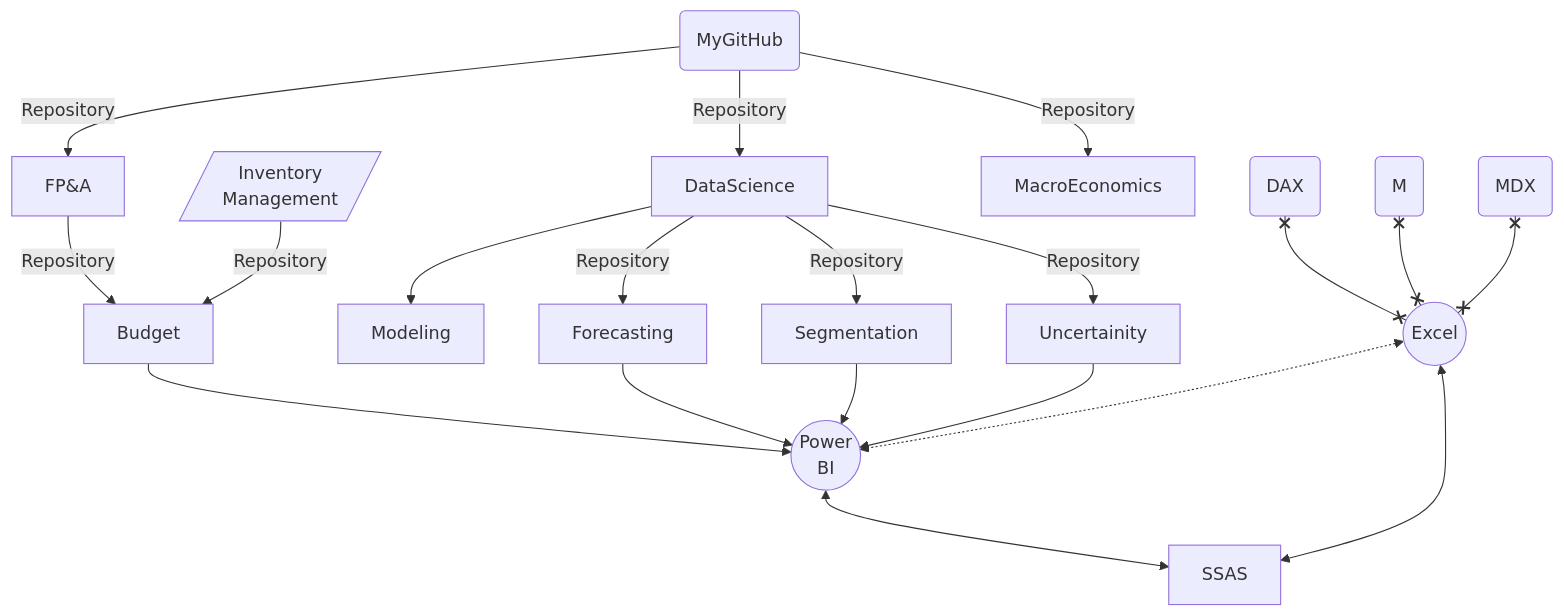
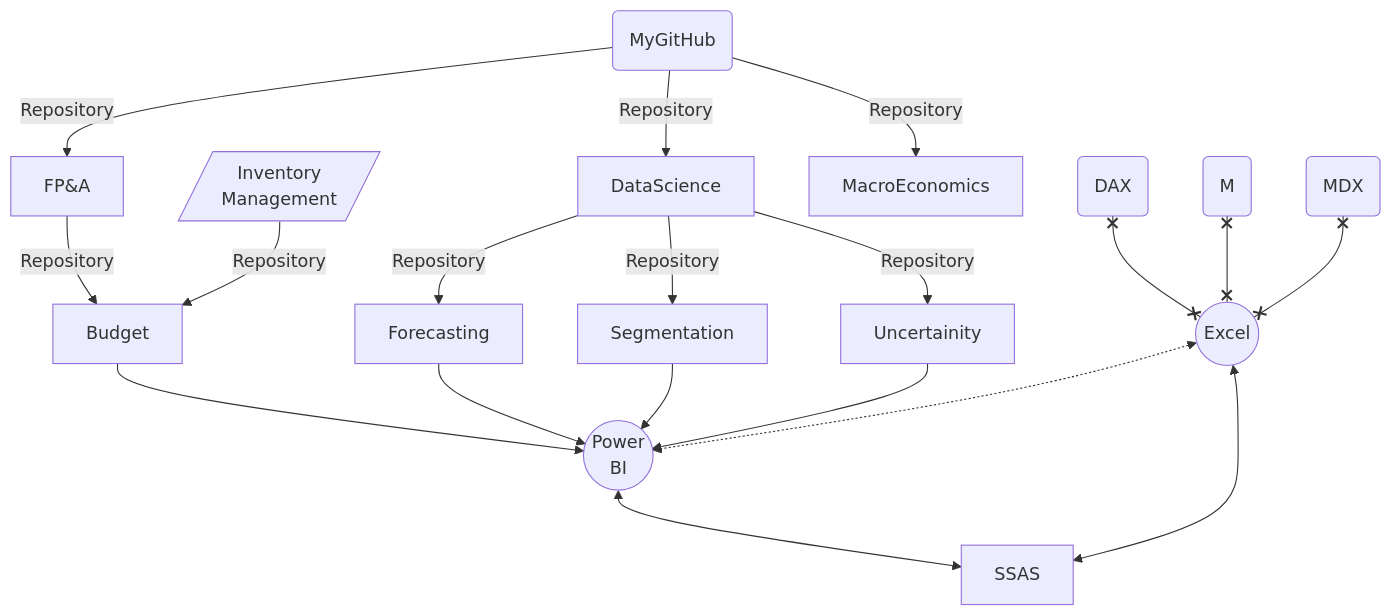
Before and after one commit to md3629/md3629: the diagram in README.md, drawn with Mermaid.

````diff
--- a/README.md
+++ b/README.md
@@ -9,24 +9,24 @@
 ```mermaid
 graph TD;
     my(MyGitHub)-->|Repository|FP&A;
     Inv[/Inventory<br>Management/]-->|Repository|Budget;
     FP&A-->|Repository|Budget;
     
     my(MyGitHub)-->|Repository|DataScience;
     my(MyGitHub)-->|Repository|MacroEconomics;
-    DataScience-->Modeling;
+    
     DataScience--Repository-->Forecasting;
     DataScience--Repository-->Segmentation;
     DataScience--Repository-->Uncertainity;
     Uncertainity-->P((Power<br>BI));
     Forecasting-->P((Power<br>BI));
     Segmentation-->P((Power<br>BI));
     Budget-->P((Power<br>BI));
     
     D(DAX)x--xE((Excel));
     M(M)x--xE((Excel));
     E((Excel))<-.->P((Power<br>BI));
     A(MDX)x--xE((Excel));
     E((Excel))<-->SSAS;
     P((Power<br>BI))<-->SSAS;
 ```
````
